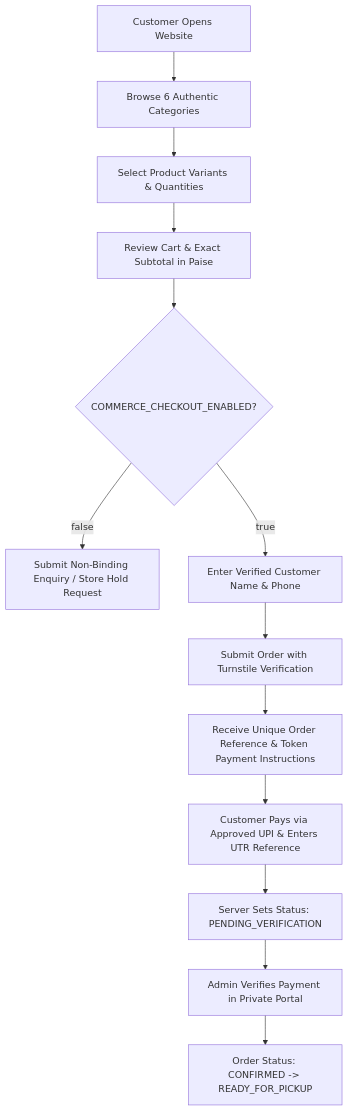
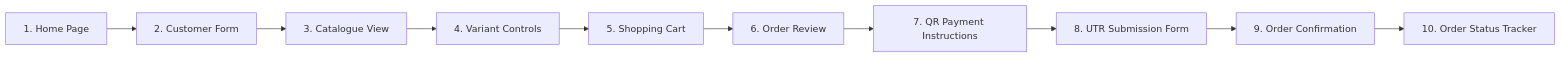
One commit to Bedant1424/Love changed the diagram in Desktop/DIWALI/docs/PRD.md. Above: the diagram before and after it, drawn with Mermaid. The commit also changed other lines of this file and 26 other files, not shown here.

Commit message:
feat(payments): implement tiered token calculations, upi qr fixtures, utr submission, and admin reconciliation

````diff
--- a/Desktop/DIWALI/docs/PRD.md
+++ b/Desktop/DIWALI/docs/PRD.md
@@ -65,15 +60,12 @@
 ```mermaid
-flowchart TD
-    A[Customer Opens Website] --> B[Browse 6 Authentic Categories]
-    B --> C[Select Product Variants & Quantities]
-    C --> D[Review Cart & Exact Subtotal in Paise]
-    D --> E{COMMERCE_CHECKOUT_ENABLED?}
-    E -- false --> F[Submit Non-Binding Enquiry / Store Hold Request]
-    E -- true --> G[Enter Verified Customer Name & Phone]
-    G --> H[Submit Order with Turnstile Verification]
-    H --> I[Receive Unique Order Reference & Token Payment Instructions]
-    I --> J[Customer Pays via Approved UPI & Enters UTR Reference]
-    J --> K[Server Sets Status: PENDING_VERIFICATION]
-    K --> L[Admin Verifies Payment in Private Portal]
-    L --> M[Order Status: CONFIRMED -> READY_FOR_PICKUP]
+flowchart LR
+    S1[1. Home Page] --> S2[2. Customer Form]
+    S2 --> S3[3. Catalogue View]
+    S3 --> S4[4. Variant Controls]
+    S4 --> S5[5. Shopping Cart]
+    S5 --> S6[6. Order Review]
+    S6 --> S7[7. QR Payment Instructions]
+    S7 --> S8[8. UTR Submission Form]
+    S8 --> S9[9. Order Confirmation]
+    S9 --> S10[10. Order Status Tracker]
 ```
````
